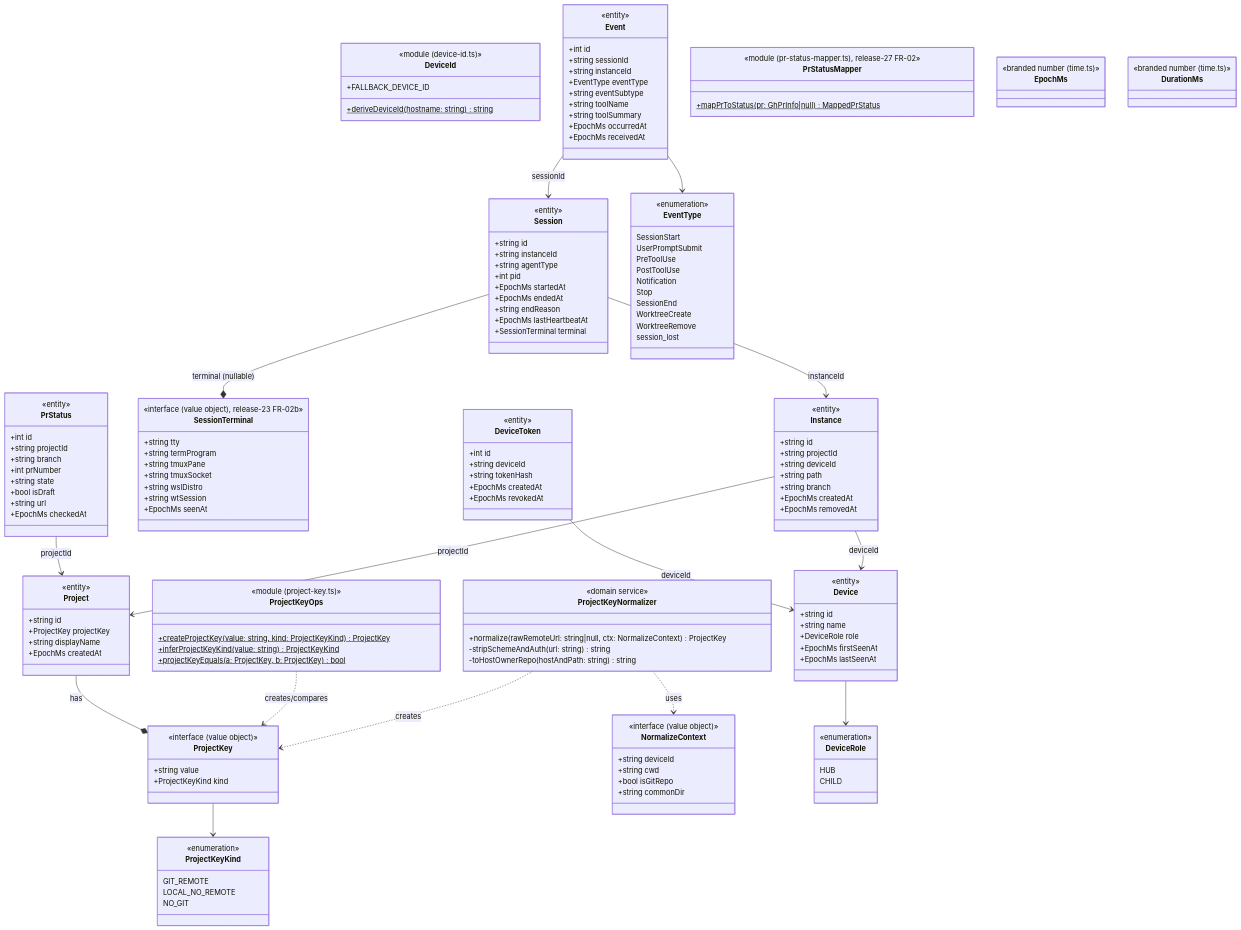
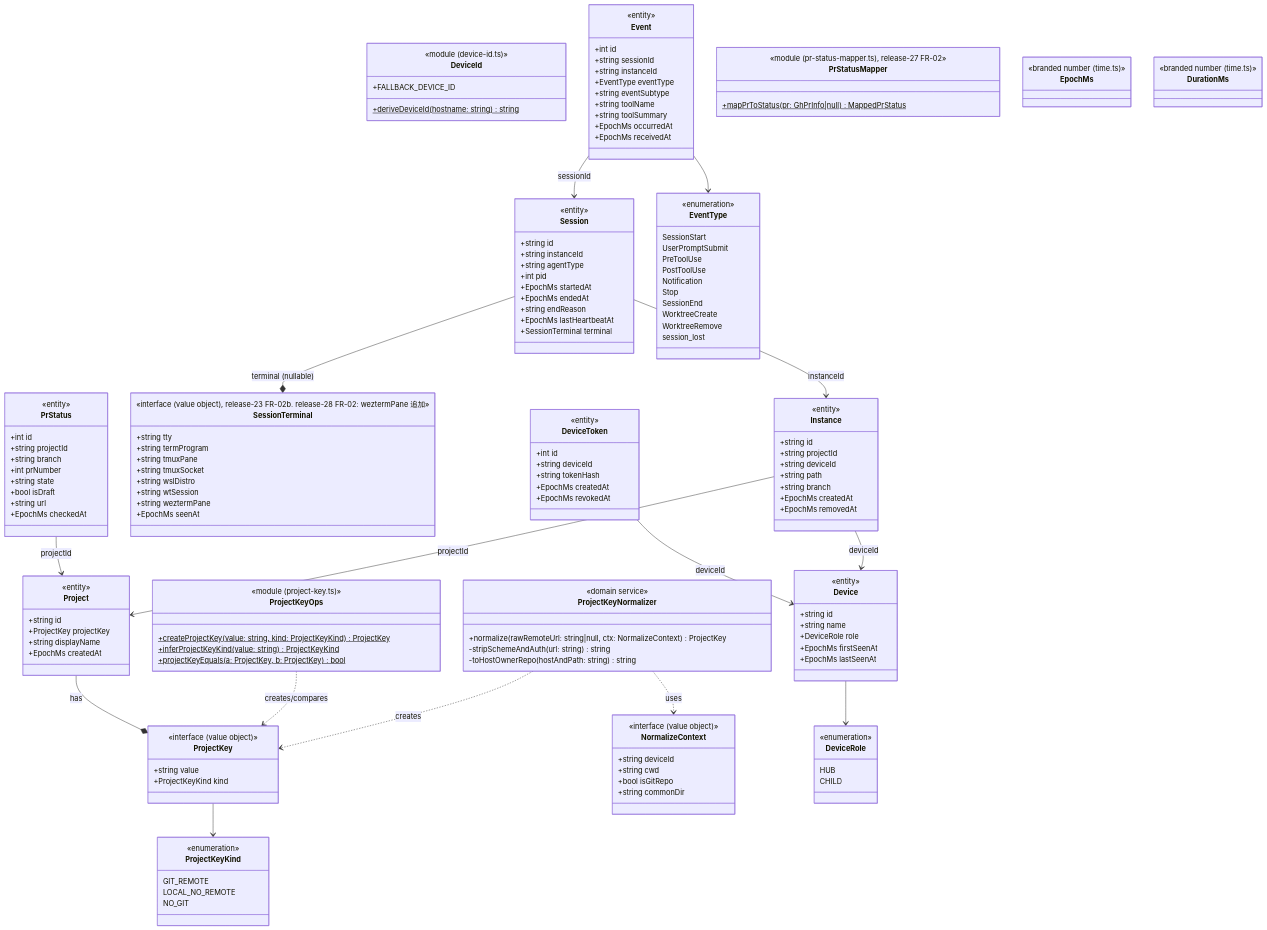
The first of 4 diagrams in docs/design/class-diagram.md (sumihiro3/Monomi), drawn with Mermaid before and after one commit. The commit also changed other lines of this file and 2 other files, not shown here.

Commit message:
docs: release-28-wezterm-focus の実装差分を ARCHITECTURE.md・クラス図・CHANGELOG に同期する

```diff
--- a/docs/design/class-diagram.md
+++ b/docs/design/class-diagram.md
@@ -90,13 +90,14 @@
     +SessionTerminal terminal
   }
   class SessionTerminal {
-    <<interface (value object), release-23 FR-02b>>
+    <<interface (value object), release-23 FR-02b. release-28 FR-02: weztermPane 追加>>
     +string tty
     +string termProgram
     +string tmuxPane
     +string tmuxSocket
     +string wslDistro
     +string wtSession
+    +string weztermPane
     +EpochMs seenAt
   }
   class Event {
```
